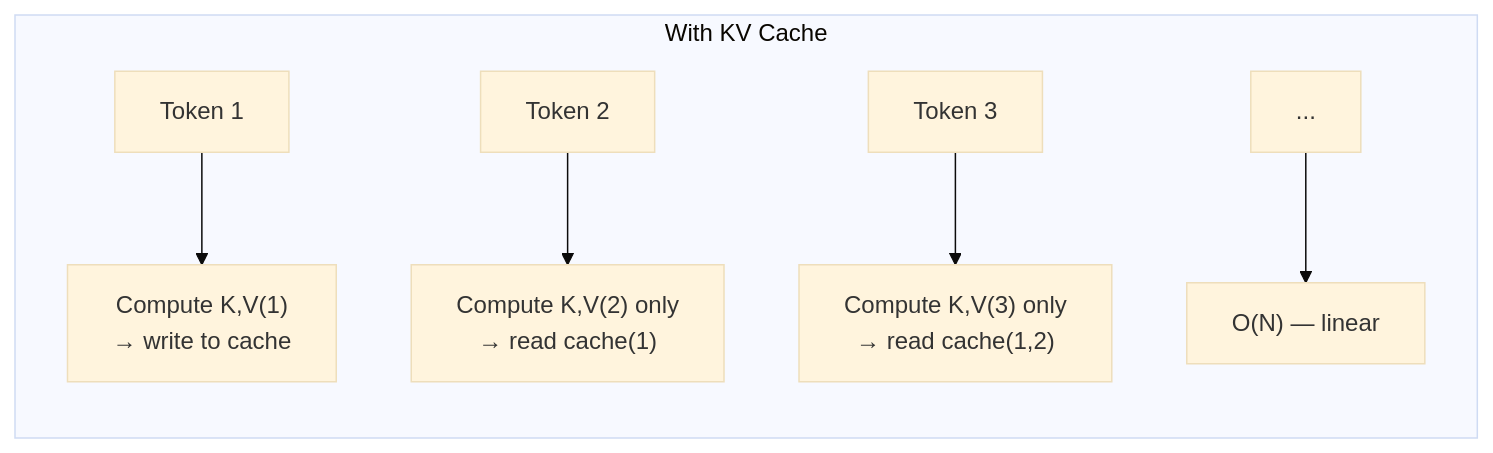
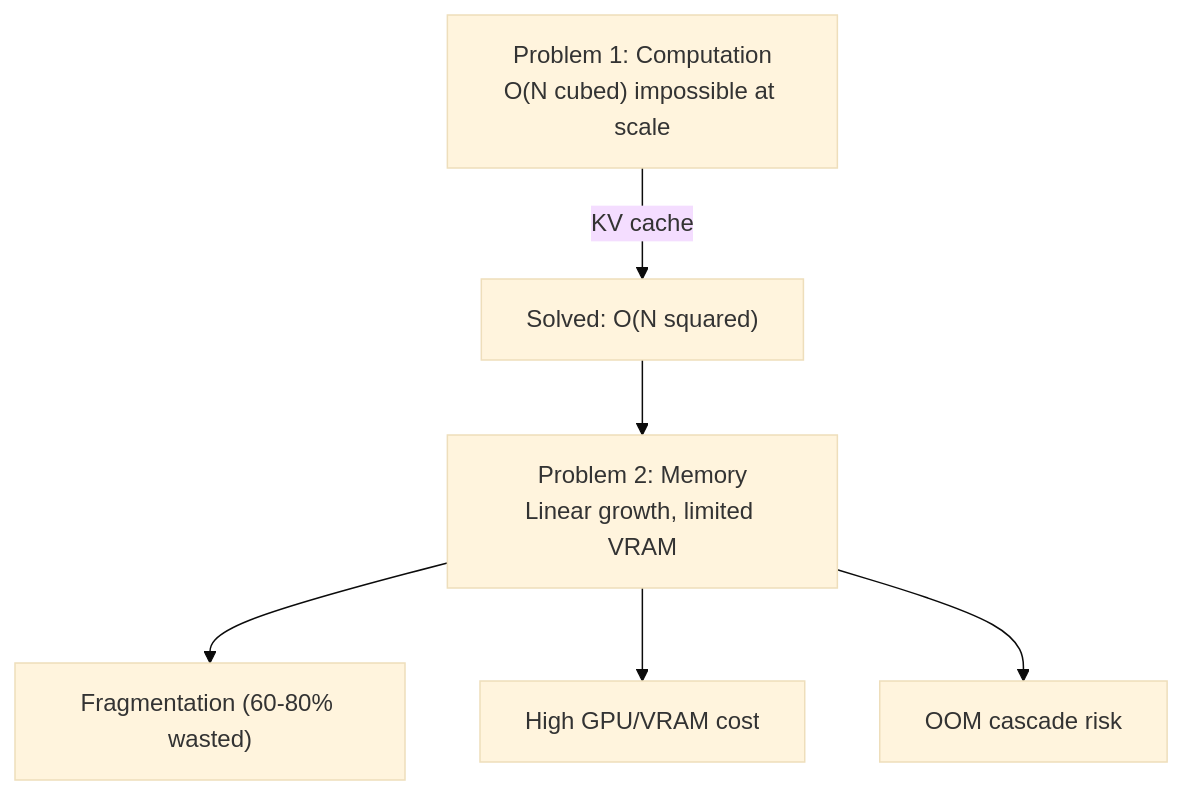
One commit to ADORSYS-GIS/Custom-Ai-Ops changed the second of 8 diagrams in docs/explain/kv-cache.md. Above: the diagram before and after it, drawn with Mermaid (base theme). The commit also changed other lines of this file and 25 other files, not shown here.

````diff
--- a/docs/explain/kv-cache.md
+++ b/docs/explain/kv-cache.md
@@ -44,9 +117,8 @@
 ```mermaid
-flowchart LR
-    subgraph "With KV Cache"
-        C1["Token 1"] --> D1["Compute K,V(1)\n→ write to cache"]
-        C2["Token 2"] --> D2["Compute K,V(2) only\n→ read cache(1)"]
-        C3["Token 3"] --> D3["Compute K,V(3) only\n→ read cache(1,2)"]
-        C4["..."] --> D4["O(N) — linear"]
-    end
+flowchart TB
+    P1["Problem 1: Computation\nO(N cubed) impossible at scale"] -->|"KV cache"| S1["Solved: O(N squared)"]
+    S1 --> P2["Problem 2: Memory\nLinear growth, limited VRAM"]
+    P2 --> P2a["Fragmentation (60-80% wasted)"]
+    P2 --> P2b["High GPU/VRAM cost"]
+    P2 --> P2c["OOM cascade risk"]
 ```
````
